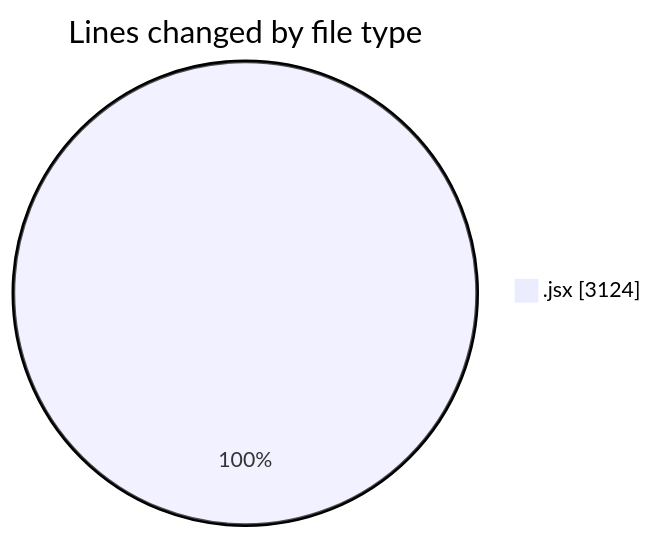
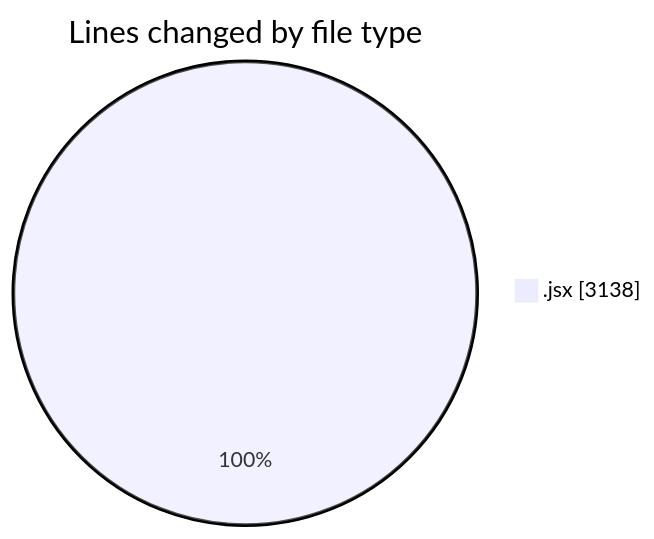
Before and after one commit to nxtqubesakshisongat/code-tracking: the first of 2 diagrams in 2025-10-14/nxtqube_webapp/README.md, drawn with Mermaid. The commit also changed other lines of this file and 1 other file, not shown here.

````diff
--- a/2025-10-14/nxtqube_webapp/README.md
+++ b/2025-10-14/nxtqube_webapp/README.md
@@ -21,5 +21,5 @@
 ```mermaid
 pie showData
 title Lines changed by file type
-".jsx" : 3124
+".jsx" : 3138
 ```
````
